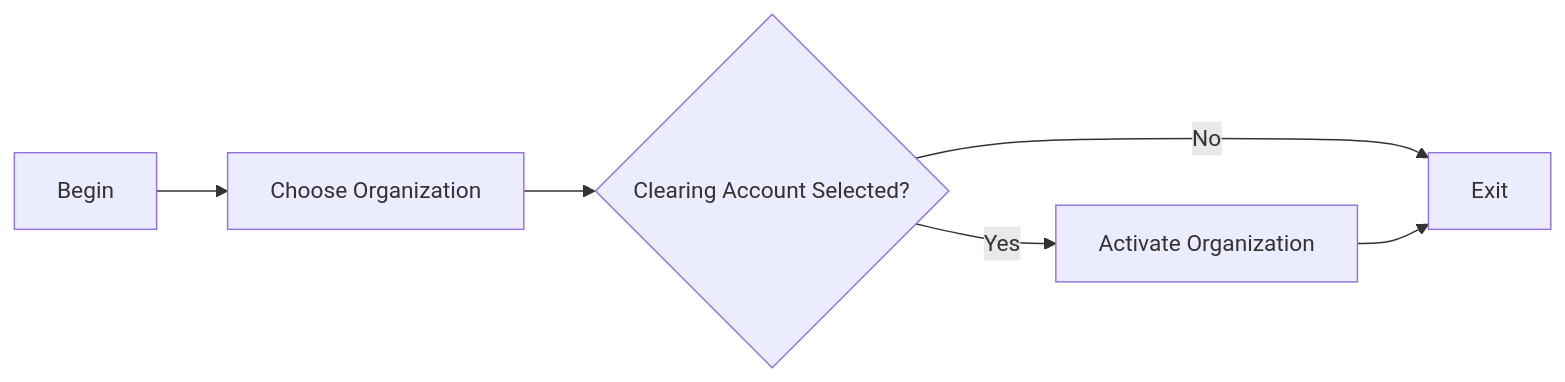
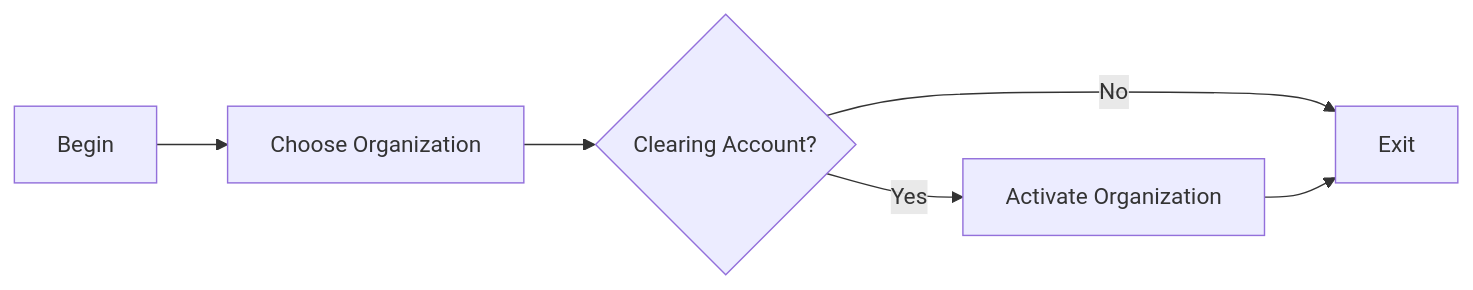
Before and after one commit to codersyacht/maximo-knowledge-center: the diagram in maximo/administration/organizations/04-organization-activation.md, drawn with Mermaid.

Commit message:
04-organization-activation.md

````diff
--- a/maximo/administration/organizations/04-organization-activation.md
+++ b/maximo/administration/organizations/04-organization-activation.md
@@ -3,8 +3,8 @@
 ```mermaid
 graph LR
 A[Begin] --> B[Choose Organization]
-B --> C{Clearing Account Selected?}
+B --> C{Clearing Account?}
 C --> |Yes|D[Activate Organization]
 C--> |No| E[Exit]
 D --> E
 ```
````
